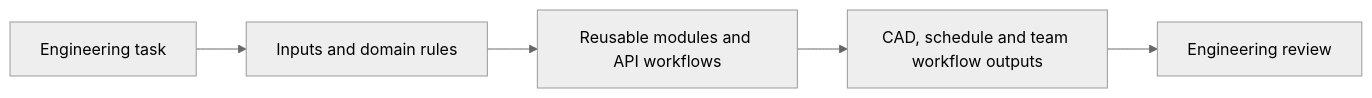
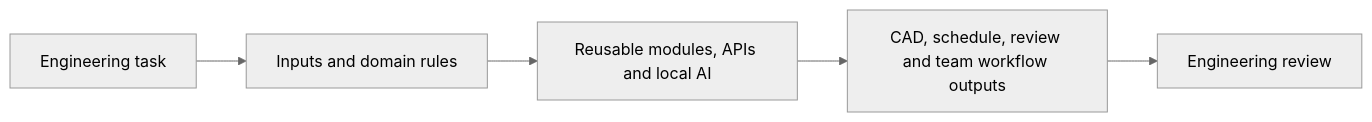
One commit to Christinantony/Christinantony changed the diagram in README.md. Above: the diagram before and after it, drawn with Mermaid (neutral theme). The commit also changed other lines of this file and 2 other files, not shown here.

````diff
--- a/README.md
+++ b/README.md
@@ -25,7 +32,7 @@
 ```mermaid
 flowchart LR
     A[Engineering task] --> B[Inputs and domain rules]
-    B --> C[Reusable modules and API workflows]
-    C --> D[CAD, schedule and team workflow outputs]
+    B --> C[Reusable modules, APIs and local AI]
+    C --> D[CAD, schedule, review and team workflow outputs]
     D --> E[Engineering review]
 ```
````
